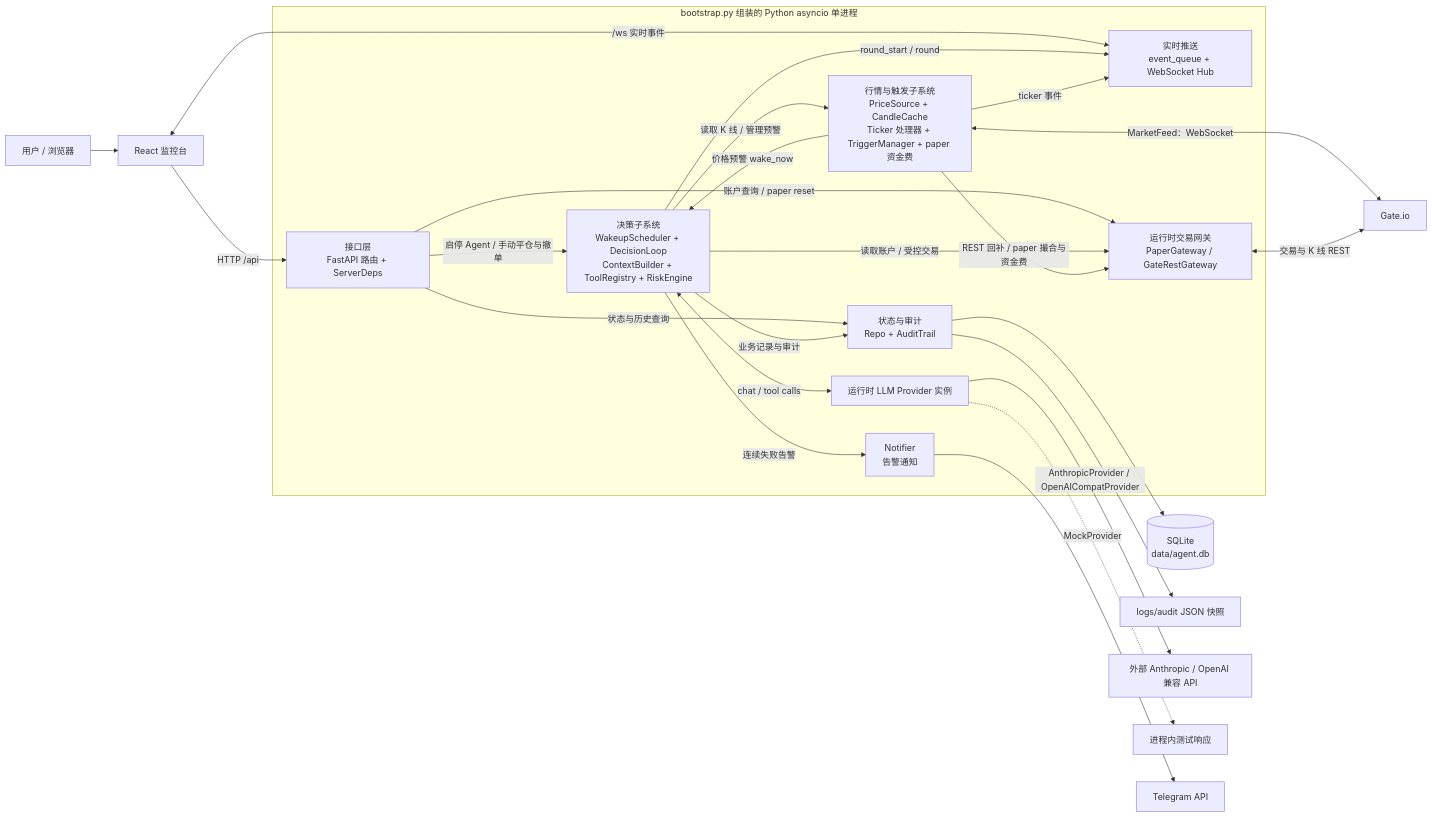
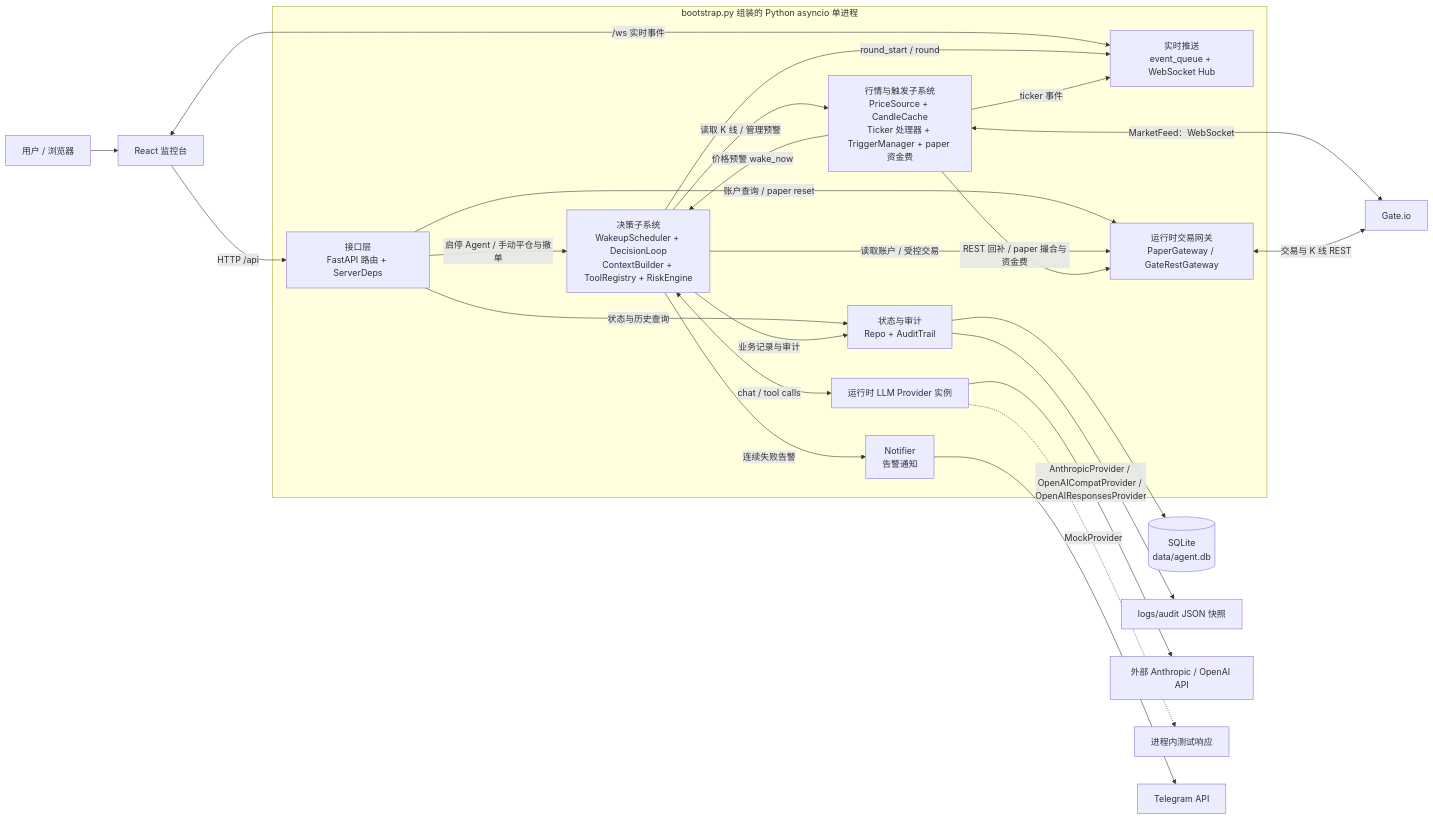
Before and after one commit to djfch/llm_transaction: the second of 7 diagrams in docs/ARCHITECTURE.md, drawn with Mermaid. The commit also changed other lines of this file and 95 other files, not shown here.

````diff
--- a/docs/ARCHITECTURE.md
+++ b/docs/ARCHITECTURE.md
@@ -38,40 +38,40 @@
 ```mermaid
 flowchart LR
     User["用户 / 浏览器"] --> Web["React 监控台"]
 
     subgraph Runtime["bootstrap.py 组装的 Python asyncio 单进程"]
         API["接口层<br/>FastAPI 路由 + ServerDeps"]
         Realtime["实时推送<br/>event_queue + WebSocket Hub"]
         Agent["决策子系统<br/>WakeupScheduler + DecisionLoop<br/>ContextBuilder + ToolRegistry + RiskEngine"]
         Market["行情与触发子系统<br/>PriceSource + CandleCache<br/>Ticker 处理器 + TriggerManager + paper 资金费"]
         Gateway["运行时交易网关<br/>PaperGateway / GateRestGateway"]
         State["状态与审计<br/>Repo + AuditTrail"]
         Provider["运行时 LLM Provider 实例"]
         Notify["Notifier<br/>告警通知"]
     end
 
     Web -->|"HTTP /api"| API
     Web <-->|"/ws 实时事件"| Realtime
     API -->|"启停 Agent / 手动平仓与撤单"| Agent
     API -->|"账户查询 / paper reset"| Gateway
     API -->|"状态与历史查询"| State
 
     Agent -->|"读取 K 线 / 管理预警"| Market
     Market -->|"价格预警 wake_now"| Agent
     Agent -->|"读取账户 / 受控交易"| Gateway
     Agent -->|"业务记录与审计"| State
     Agent -->|"round_start / round"| Realtime
     Agent <-->|"chat / tool calls"| Provider
     Agent -->|"连续失败告警"| Notify
 
     Market -->|"REST 回补 / paper 撮合与资金费"| Gateway
     Market -->|"ticker 事件"| Realtime
     State --> DB[("SQLite<br/>data/agent.db")]
     State --> Snapshots["logs/audit JSON 快照"]
 
     Market <-->|"MarketFeed：WebSocket"| Gate["Gate.io"]
     Gateway <-->|"交易与 K 线 REST"| Gate
-    Provider -->|"AnthropicProvider / OpenAICompatProvider"| LLMAPI["外部 Anthropic / OpenAI 兼容 API"]
+    Provider -->|"AnthropicProvider / OpenAICompatProvider / OpenAIResponsesProvider"| LLMAPI["外部 Anthropic / OpenAI API"]
     Provider -.->|"MockProvider"| MockLLM["进程内测试响应"]
     Notify --> Telegram["Telegram API"]
 ```
````
